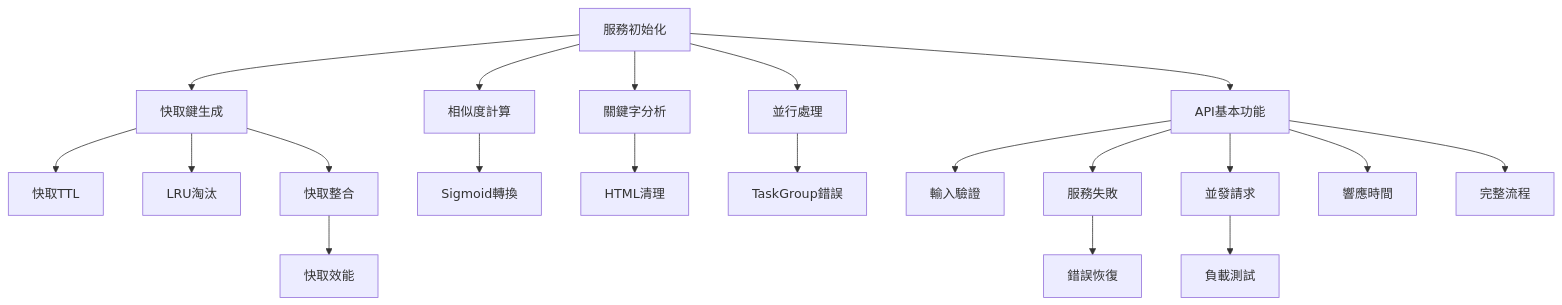
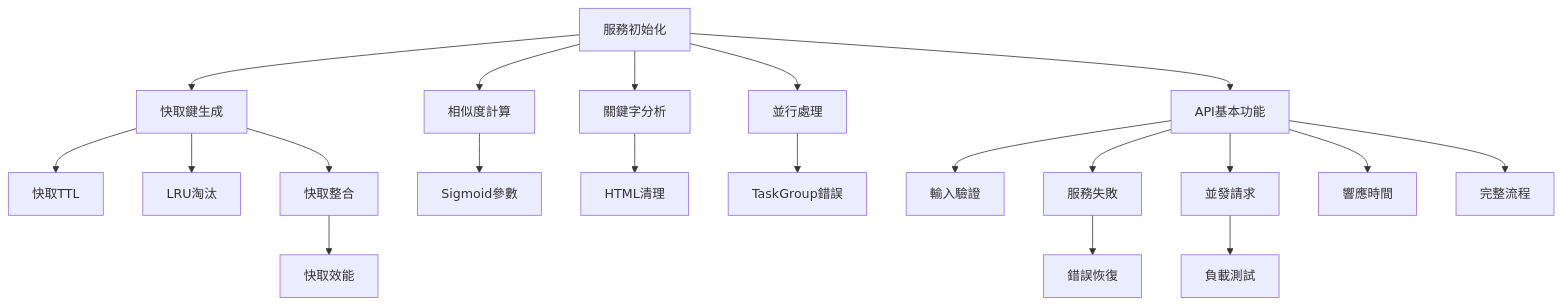
One commit to YuWenHao1212/azure_container changed the diagram in docs/issues/index-calculation-v2-refactor/TEST_MATRIX.md. Above: the diagram before and after it, drawn with Mermaid. The commit also changed other lines of this file, not shown here.

````diff
--- a/docs/issues/index-calculation-v2-refactor/TEST_MATRIX.md
+++ b/docs/issues/index-calculation-v2-refactor/TEST_MATRIX.md
@@ -52,28 +52,28 @@
 ```mermaid
 graph TD
-    IC-UNIT-001[服務初始化] --> IC-UNIT-002[快取鍵生成]
-    IC-UNIT-001 --> IC-UNIT-005[相似度計算]
-    IC-UNIT-001 --> IC-UNIT-007[關鍵字分析]
+    API-IC-001-UT[服務初始化] --> API-IC-002-UT[快取鍵生成]
+    API-IC-001-UT --> API-IC-005-UT[相似度計算]
+    API-IC-001-UT --> API-IC-007-UT[關鍵字分析]
     
-    IC-UNIT-002 --> IC-UNIT-003[快取TTL]
-    IC-UNIT-002 --> IC-UNIT-004[LRU淘汰]
+    API-IC-002-UT --> API-IC-003-UT[快取TTL]
+    API-IC-002-UT --> API-IC-004-UT[LRU淘汰]
     
-    IC-UNIT-005 --> IC-UNIT-006[Sigmoid轉換]
-    IC-UNIT-007 --> IC-UNIT-008[HTML清理]
+    API-IC-005-UT --> API-IC-006-UT[Sigmoid參數]
+    API-IC-007-UT --> API-IC-008-UT[HTML清理]
     
-    IC-UNIT-001 --> IC-UNIT-009[並行處理]
-    IC-UNIT-009 --> IC-UNIT-010[TaskGroup錯誤]
+    API-IC-001-UT --> API-IC-009-UT[並行處理]
+    API-IC-009-UT --> API-IC-010-UT[TaskGroup錯誤]
     
-    IC-UNIT-001 --> IC-INT-001[API基本功能]
-    IC-UNIT-002 --> IC-INT-002[快取整合]
-    IC-INT-001 --> IC-INT-003[輸入驗證]
-    IC-INT-001 --> IC-INT-004[服務失敗]
-    IC-INT-001 --> IC-INT-005[並發請求]
+    API-IC-001-UT --> API-IC-101-IT[API基本功能]
+    API-IC-002-UT --> API-IC-102-IT[快取整合]
+    API-IC-101-IT --> API-IC-103-IT[輸入驗證]
+    API-IC-101-IT --> API-IC-104-IT[服務失敗]
+    API-IC-101-IT --> API-IC-105-IT[並發請求]
     
-    IC-INT-001 --> IC-PERF-001[響應時間]
-    IC-INT-002 --> IC-PERF-002[快取效能]
-    IC-INT-005 --> IC-PERF-003[負載測試]
+    API-IC-101-IT --> API-IC-201-PT[響應時間]
+    API-IC-102-IT --> API-IC-202-PT[快取效能]
+    API-IC-105-IT --> API-IC-203-PT[負載測試]
     
-    IC-INT-001 --> IC-E2E-001[完整流程]
-    IC-INT-004 --> IC-E2E-002[錯誤恢復]
+    API-IC-101-IT --> API-IC-301-E2E[完整流程]
+    API-IC-104-IT --> API-IC-302-E2E[錯誤恢復]
 ```
````
